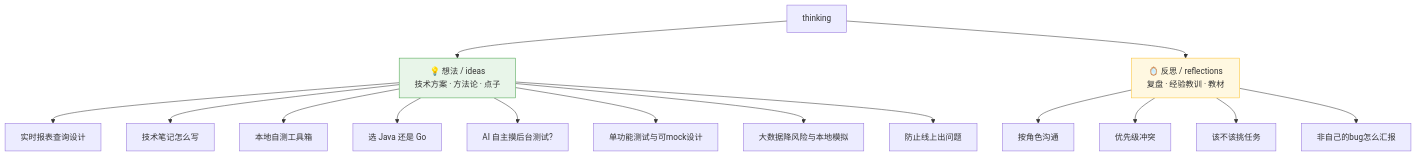
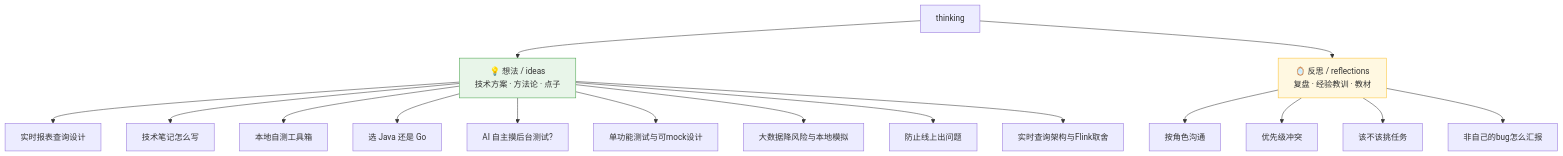
One commit to yishengyuan/thinking changed the first of 2 diagrams in docs/README.md. Above: the diagram before and after it, drawn with Mermaid. The commit also changed other lines of this file and 1 other file, not shown here.

Commit message:
docs: 新增'实时查询架构-CK/MySQL/ES与Flink怎么配合'并更新索引
- 核心澄清:Flink是实时计算非查询引擎,查询落在CK/ES/MySQL
- 组件分工表 + 架构数据流图(CDC→Kafka→Flink→各serving store→查询路由)
- 要不要Flink:读时计算vs写时计算,单流固定窗简单聚合不必上Flink
- 大盘5分钟分桶放CK:查询时聚合(起步)/物化视图AggregatingMergeTree预聚合,
  State再聚合做多粒度rollup;迟到数据自动合并、ReplacingMergeTree去重
- Flink治理要点(event time/watermark迟到/状态TTL/exactly-once/补数/自监控)
- 按时段聚合共性坑

````diff
--- a/docs/README.md
+++ b/docs/README.md
@@ -6,23 +6,24 @@
 ```mermaid
 flowchart TD
     ROOT[thinking]
     ROOT --> IDEA[💡 想法 / ideas<br/>技术方案 · 方法论 · 点子]
     ROOT --> REF[🪞 反思 / reflections<br/>复盘 · 经验教训 · 教材]
 
     IDEA --> I1[实时报表查询设计]
     IDEA --> I2[技术笔记怎么写]
     IDEA --> I3[本地自测工具箱]
     IDEA --> I4[选 Java 还是 Go]
     IDEA --> I5[AI 自主摸后台测试?]
     IDEA --> I6[单功能测试与可mock设计]
     IDEA --> I7[大数据降风险与本地模拟]
     IDEA --> I8[防止线上出问题]
+    IDEA --> I9[实时查询架构与Flink取舍]
 
     REF --> R1[按角色沟通]
     REF --> R2[优先级冲突]
     REF --> R3[该不该挑任务]
     REF --> R4[非自己的bug怎么汇报]
 
     style IDEA fill:#e8f5e9,stroke:#43a047
     style REF fill:#fff8e1,stroke:#fbc02d
 ```
````
